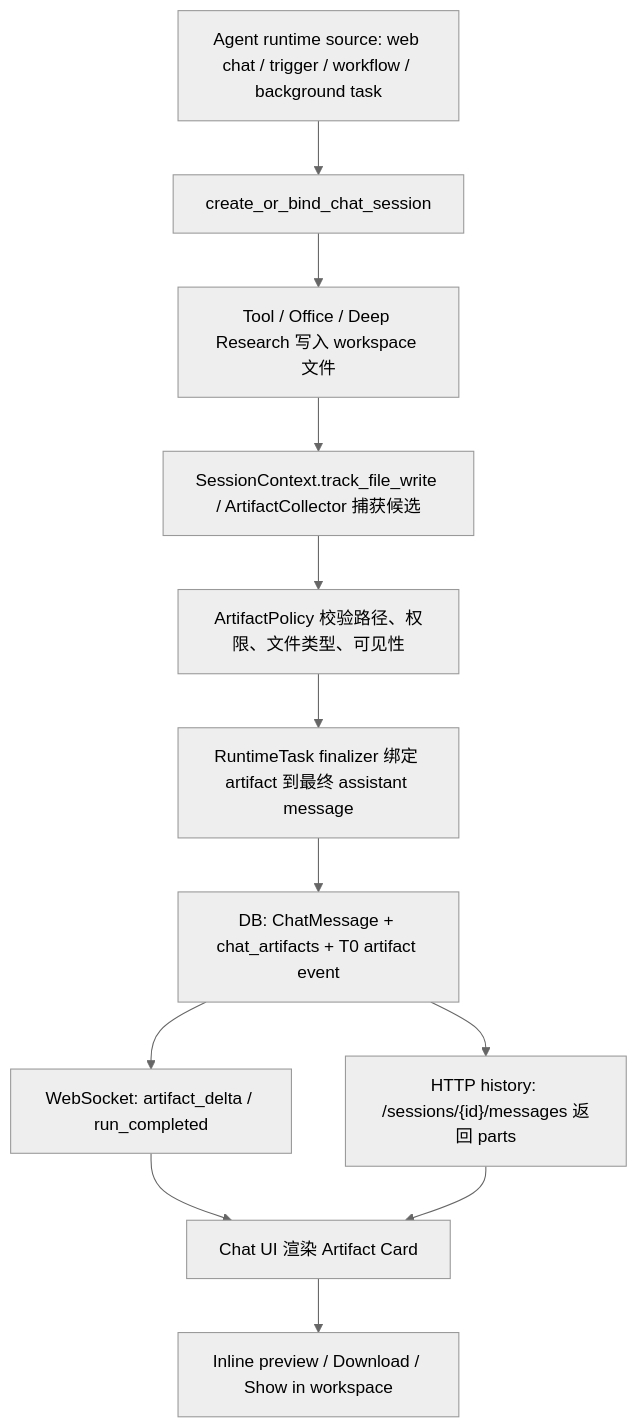
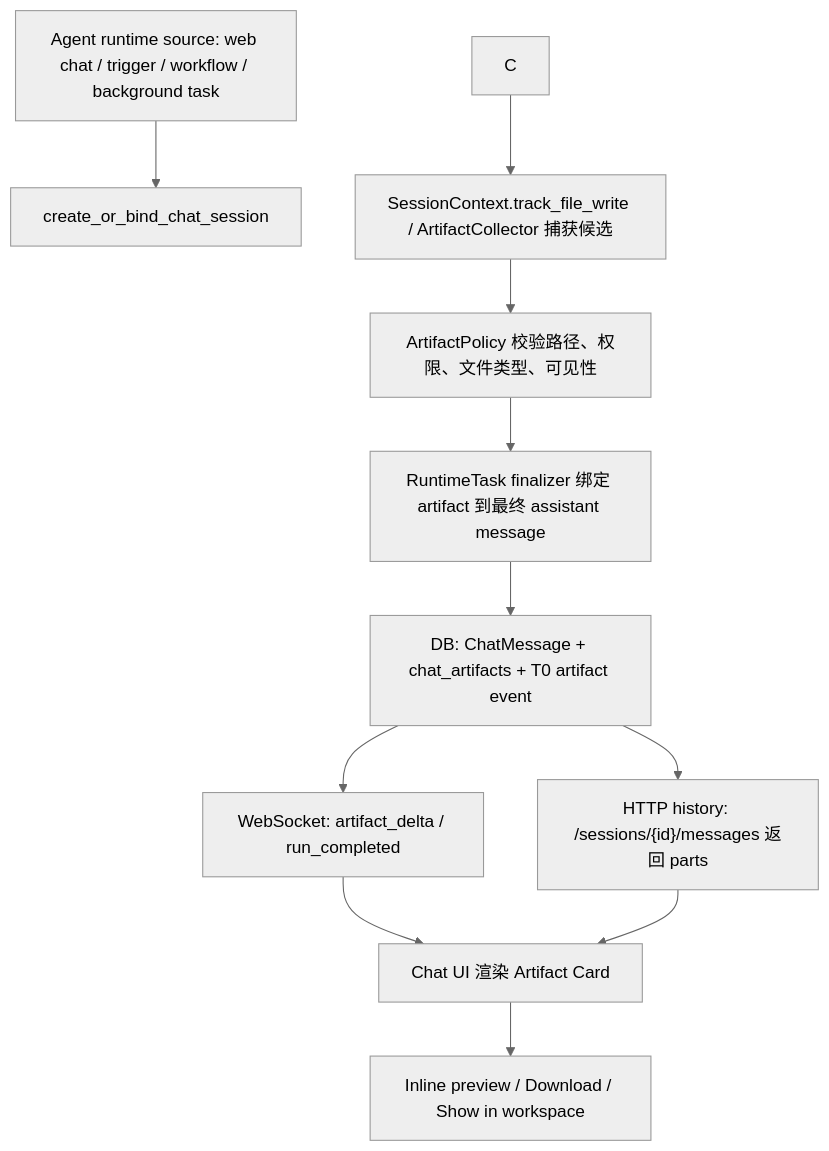
Before and after one commit to SteamRocket-Labs/hiveclaw: the diagram in docs/chat-artifact-delivery-redesign-2026-06-20.md, drawn with Mermaid (neutral theme). The commit also changed other lines of this file and 345 other files, not shown here.

````diff
--- a/docs/chat-artifact-delivery-redesign-2026-06-20.md
+++ b/docs/chat-artifact-delivery-redesign-2026-06-20.md
@@ -276,14 +273,13 @@
 ```mermaid
 flowchart TD
   A["Agent runtime source: web chat / trigger / workflow / background task"] --> B["create_or_bind_chat_session"]
-  B --> C["Tool / Office / Deep Research 写入 workspace 文件"]
   C --> D["SessionContext.track_file_write / ArtifactCollector 捕获候选"]
   D --> E["ArtifactPolicy 校验路径、权限、文件类型、可见性"]
   E --> F["RuntimeTask finalizer 绑定 artifact 到最终 assistant message"]
   F --> G["DB: ChatMessage + chat_artifacts + T0 artifact event"]
   G --> H["WebSocket: artifact_delta / run_completed"]
   G --> I["HTTP history: /sessions/{id}/messages 返回 parts"]
   H --> J["Chat UI 渲染 Artifact Card"]
   I --> J
   J --> K["Inline preview / Download / Show in workspace"]
 ```
````
